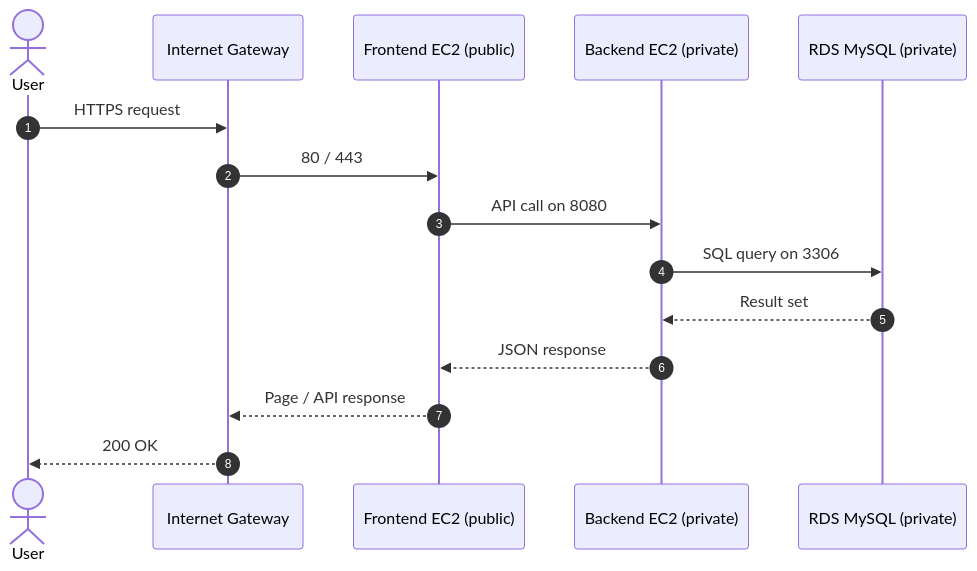
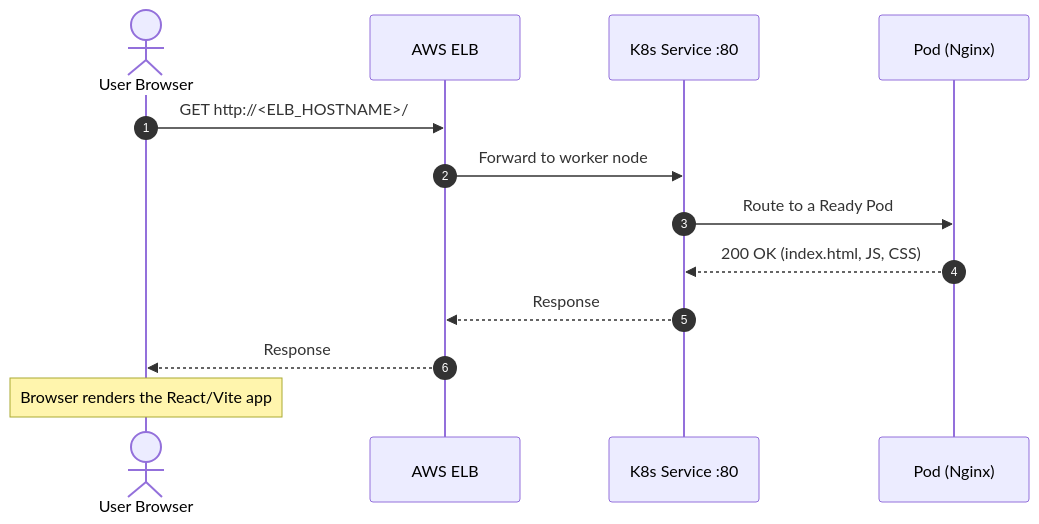
One commit to ajaydhadi95-gif/terraform-aws-modular-infrastructure changed the first of 3 diagrams in README.md. Above: the diagram before and after it, drawn with Mermaid. The commit also changed other lines of this file, not shown here.

````diff
--- a/README.md
+++ b/README.md
@@ -94,18 +105,15 @@
 ```mermaid
 sequenceDiagram
     autonumber
-    actor U as User
-    participant IGW as Internet Gateway
-    participant FE as Frontend EC2 (public)
-    participant BE as Backend EC2 (private)
-    participant DB as RDS MySQL (private)
-
-    U->>IGW: HTTPS request
-    IGW->>FE: 80 / 443
-    FE->>BE: API call on 8080
-    BE->>DB: SQL query on 3306
-    DB-->>BE: Result set
-    BE-->>FE: JSON response
-    FE-->>IGW: Page / API response
-    IGW-->>U: 200 OK
+    actor U as User Browser
+    participant E as AWS ELB
+    participant S as K8s Service :80
+    participant P as Pod (Nginx)
+    U->>E: GET http://<ELB_HOSTNAME>/
+    E->>S: Forward to worker node
+    S->>P: Route to a Ready Pod
+    P-->>S: 200 OK (index.html, JS, CSS)
+    S-->>E: Response
+    E-->>U: Response
+    Note over U: Browser renders the React/Vite app
 ```
````
